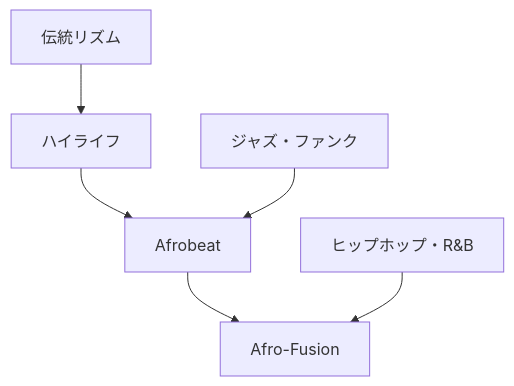
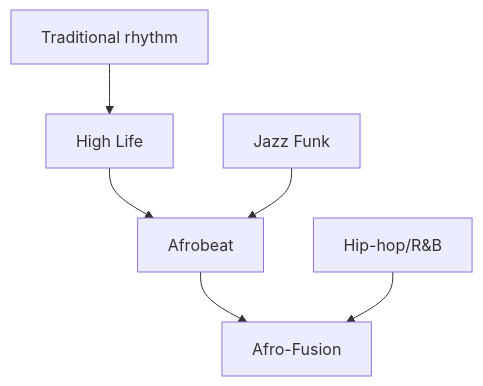
One commit to monumental-movement/monumental-movement.github.io changed the first of 2 diagrams in en/_posts/2026-01-08-column-Afrobeat-Afro-Fusion.md. Above: the diagram before and after it, drawn with Mermaid. The commit also changed other lines of this file and 801 other files, not shown here.

```diff
--- a/en/_posts/2026-01-08-column-Afrobeat-Afro-Fusion.md
+++ b/en/_posts/2026-01-08-column-Afrobeat-Afro-Fusion.md
@@ -118,8 +119,8 @@
 <div class="mermaid">
 flowchart TD
-A["伝統リズム"] --> B["ハイライフ"]
+A["Traditional rhythm"] --> B["High Life"]
 B --> C["Afrobeat"]
 C --> D["Afro-Fusion"]
-E["ジャズ・ファンク"] --> C
-F["ヒップホップ・R&B"] --> D
+E["Jazz Funk"] --> C
+F["Hip-hop/R&B"] --> D
 </div>
```
